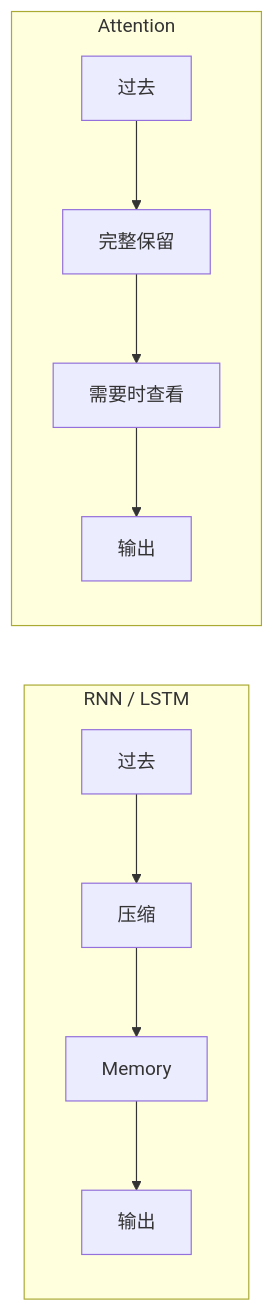
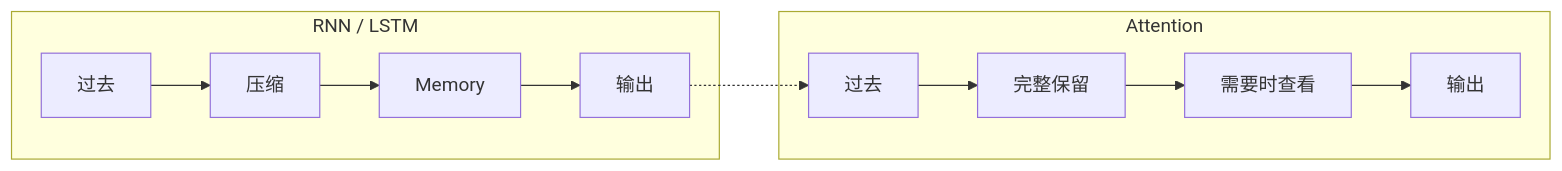
Before and after one commit to AI-learning-simple/Build-Your-Own-LLM: the first of 6 diagrams in 1. LLM基础/10. Attention.md, drawn with Mermaid. The commit also changed 2 other files, not shown here.

Commit message:
small fix

````diff
--- a/1. LLM基础/10. Attention.md
+++ b/1. LLM基础/10. Attention.md
@@ -25,9 +25,10 @@
 ```mermaid
 flowchart LR
     subgraph "RNN / LSTM"
     A1[过去] --> A2[压缩] --> A3[Memory] --> A4[输出]
     end
     subgraph Attention
     B1[过去] --> B2[完整保留] --> B3[需要时查看] --> B4[输出]
     end
+    A4 -.-> B1
 ```
````
